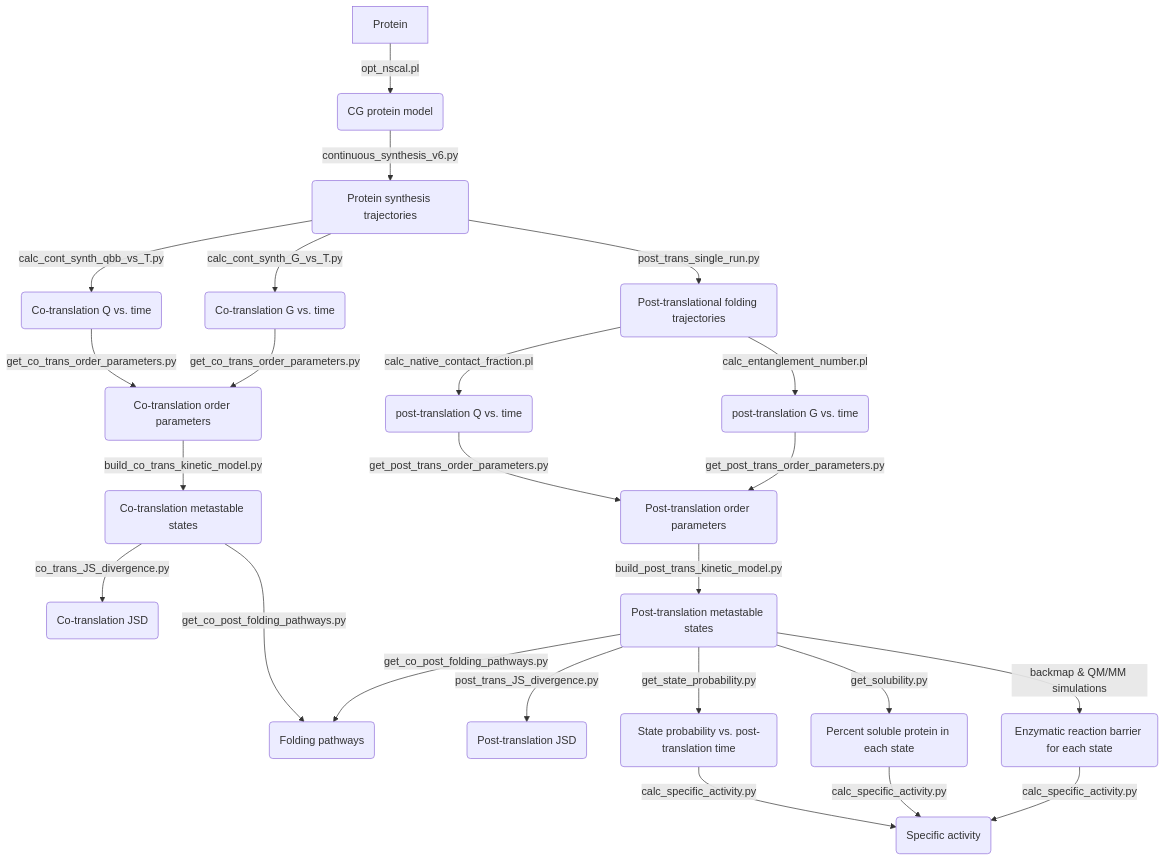
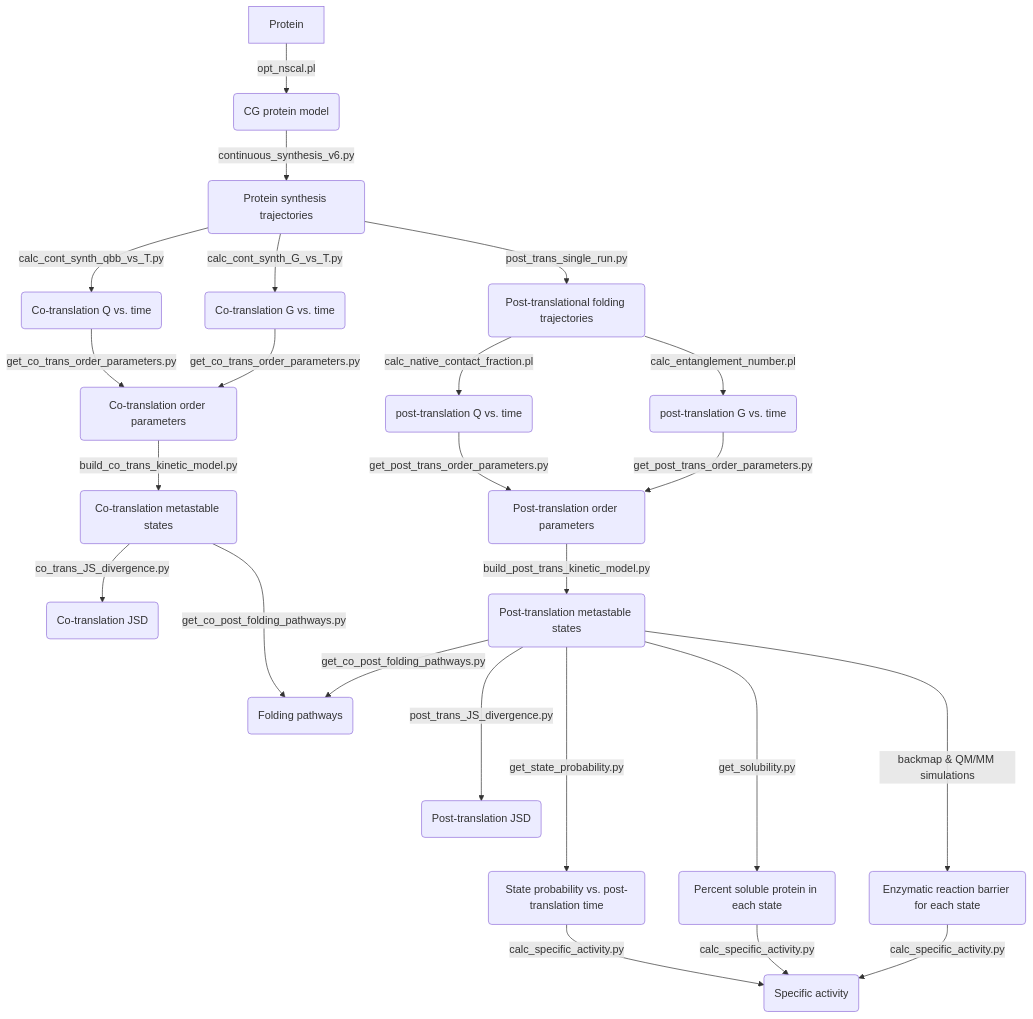
The diagram in README.md (obrien-lab/cg_simtk_protein_folding), drawn with Mermaid before and after one commit.

````diff
--- a/README.md
+++ b/README.md
@@ -162,24 +162,24 @@
 ```mermaid
 graph TD
     A[Protein] -->|opt_nscal.pl| B(CG protein model)
     B --> |continuous_synthesis_v6.py| C(Protein synthesis trajectories)
     C --> |post_trans_single_run.py| D(Post-translational folding trajectories)
     C --> |calc_cont_synth_qbb_vs_T.py| E(Co-translation Q vs. time)
     C --> |calc_cont_synth_G_vs_T.py| F(Co-translation G vs. time)
     D --> |calc_native_contact_fraction.pl| G(post-translation Q vs. time)
     D --> |calc_entanglement_number.pl| H(post-translation G vs. time)
     E --> |get_co_trans_order_parameters.py| I(Co-translation order parameters)
     F --> |get_co_trans_order_parameters.py| I
     I --> |build_co_trans_kinetic_model.py| J(Co-translation metastable states)
     J --> |co_trans_JS_divergence.py| K(Co-translation JSD)
     G --> |get_post_trans_order_parameters.py| L(Post-translation order parameters)
     H --> |get_post_trans_order_parameters.py| L
     L --> |build_post_trans_kinetic_model.py| M(Post-translation metastable states)
     J & M --> |get_co_post_folding_pathways.py| O(Folding pathways)
-    M --> |post_trans_JS_divergence.py| N(Post-translation JSD)
-    M --> |get_state_probability.py| P(State probability vs. post-translation time)
-    M --> |get_solubility.py| Q(Percent soluble protein in each state)
-    M --> |backmap & QM/MM simulations| R(Enzymatic reaction barrier for each state)
+    M ---> |post_trans_JS_divergence.py| N(Post-translation JSD)
+    M ----> |get_state_probability.py| P(State probability vs. post-translation time)
+    M ----> |get_solubility.py| Q(Percent soluble protein in each state)
+    M ----> |backmap & QM/MM simulations| R(Enzymatic reaction barrier for each state)
     P & Q & R --> |calc_specific_activity.py| S(Specific activity)
 
 ```
````
